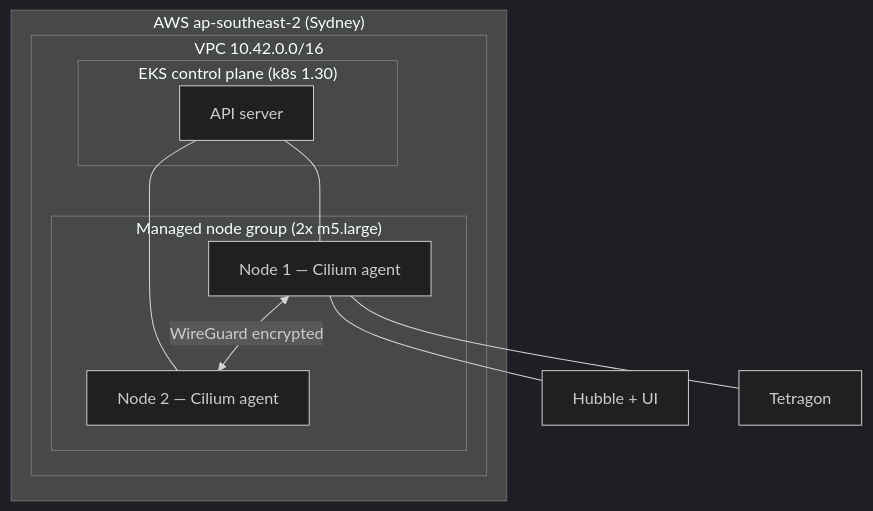
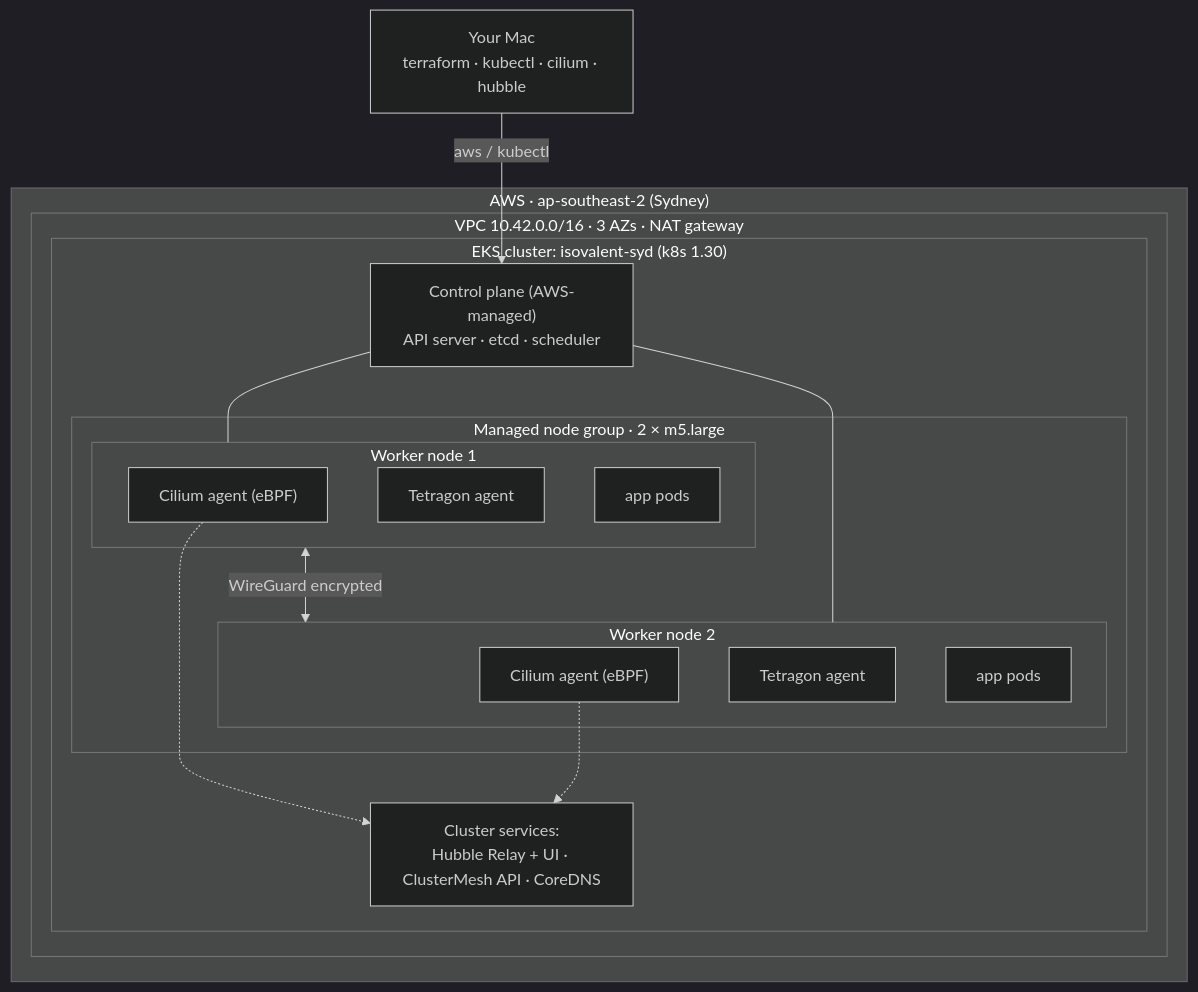
Before and after one commit to thiachan/CiliumEnterprise-EKS: the first of 2 diagrams in README.md, drawn with Mermaid (dark theme). The commit also changed other lines of this file and 2 other files, not shown here.

````diff
--- a/README.md
+++ b/README.md
@@ -29,19 +38,30 @@
 ```mermaid
 flowchart TB
-    subgraph AWS["AWS ap-southeast-2 (Sydney)"]
-        subgraph VPC["VPC 10.42.0.0/16"]
-            subgraph EKS["EKS control plane (k8s 1.30)"]
-                CP[API server]
-            end
-            subgraph NG["Managed node group (2x m5.large)"]
-                N1["Node 1 — Cilium agent"]
-                N2["Node 2 — Cilium agent"]
+    YOU["Your Mac<br/>terraform · kubectl · cilium · hubble"]
+    subgraph AWS["AWS · ap-southeast-2 (Sydney)"]
+        subgraph VPC["VPC 10.42.0.0/16 · 3 AZs · NAT gateway"]
+            subgraph EKS["EKS cluster: isovalent-syd (k8s 1.30)"]
+                CP["Control plane (AWS-managed)<br/>API server · etcd · scheduler"]
+                subgraph NG["Managed node group · 2 × m5.large"]
+                    subgraph N1["Worker node 1"]
+                        A1["Cilium agent (eBPF)"]
+                        T1["Tetragon agent"]
+                        P1["app pods"]
+                    end
+                    subgraph N2["Worker node 2"]
+                        A2["Cilium agent (eBPF)"]
+                        T2["Tetragon agent"]
+                        P2["app pods"]
+                    end
+                end
+                ADDON["Cluster services:<br/>Hubble Relay + UI · ClusterMesh API · CoreDNS"]
             end
         end
     end
+    YOU -->|aws / kubectl| CP
     CP --- N1
     CP --- N2
     N1 <-->|WireGuard encrypted| N2
-    N1 --- Hubble[Hubble + UI]
-    N1 --- Tetragon[Tetragon]
+    A1 -.-> ADDON
+    A2 -.-> ADDON
 ```
````
